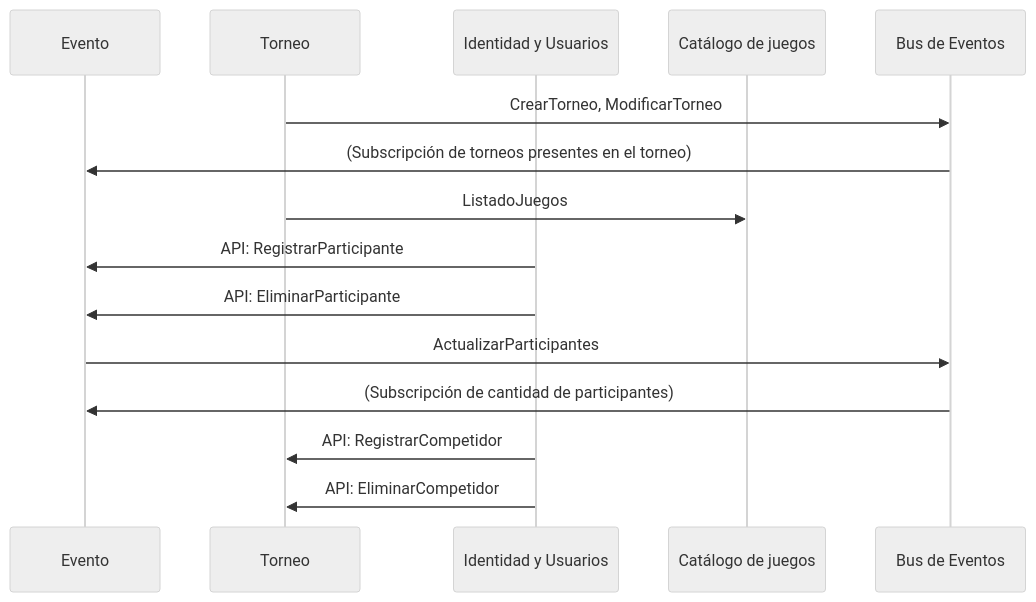
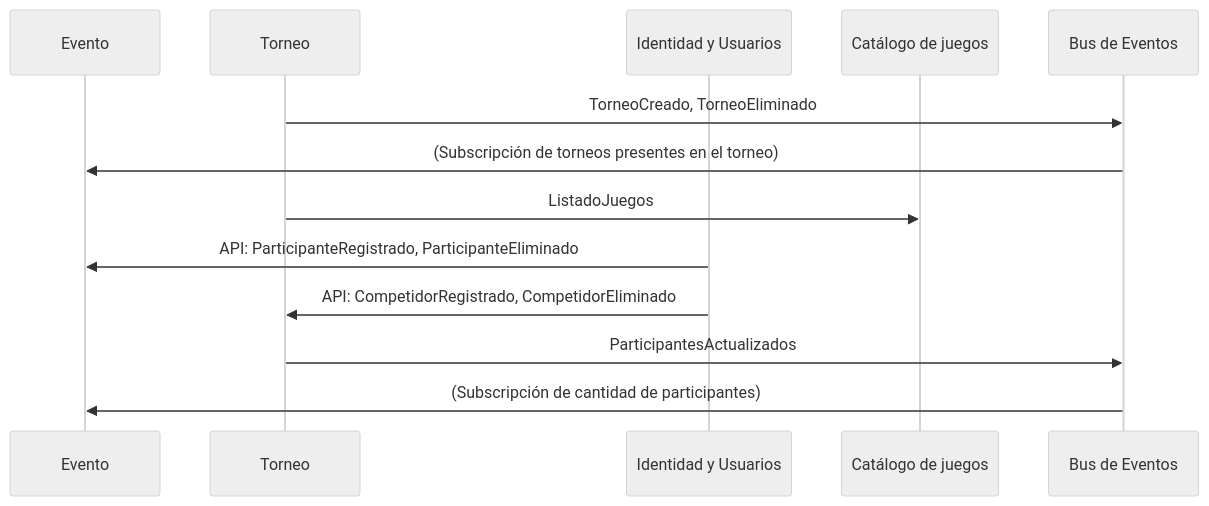
One commit to Ary2000/CursoSAASUCR changed the second of 2 diagrams in Tarea1/README.md. Above: the diagram before and after it, drawn with Mermaid (neutral theme).

Commit message:
Actualización de diagrama de secuencia

````diff
--- a/Tarea1/README.md
+++ b/Tarea1/README.md
@@ -44,18 +44,16 @@
 ```mermaid
 sequenceDiagram
     participant Evento
     participant Torneo
     participant IdentidadUsuarios as Identidad y Usuarios
     participant CatalogoJuegos as Catálogo de juegos
     participant BusEventos as Bus de Eventos
 
-    Torneo->>BusEventos: CrearTorneo, ModificarTorneo
+    Torneo->>BusEventos: TorneoCreado, TorneoEliminado
     BusEventos->>Evento: (Subscripción de torneos presentes en el torneo)
     Torneo->>CatalogoJuegos: ListadoJuegos
-    IdentidadUsuarios->>Evento: API: RegistrarParticipante
-    IdentidadUsuarios->>Evento: API: EliminarParticipante
-    Evento->>BusEventos: ActualizarParticipantes
+    IdentidadUsuarios->>Evento: API: ParticipanteRegistrado, ParticipanteEliminado
+    IdentidadUsuarios->>Torneo: API: CompetidorRegistrado, CompetidorEliminado
+    Torneo->>BusEventos: ParticipantesActualizados
     BusEventos->>Evento: (Subscripción de cantidad de participantes)
-    IdentidadUsuarios->>Torneo: API: RegistrarCompetidor
-    IdentidadUsuarios->>Torneo: API: EliminarCompetidor
 ```
````
